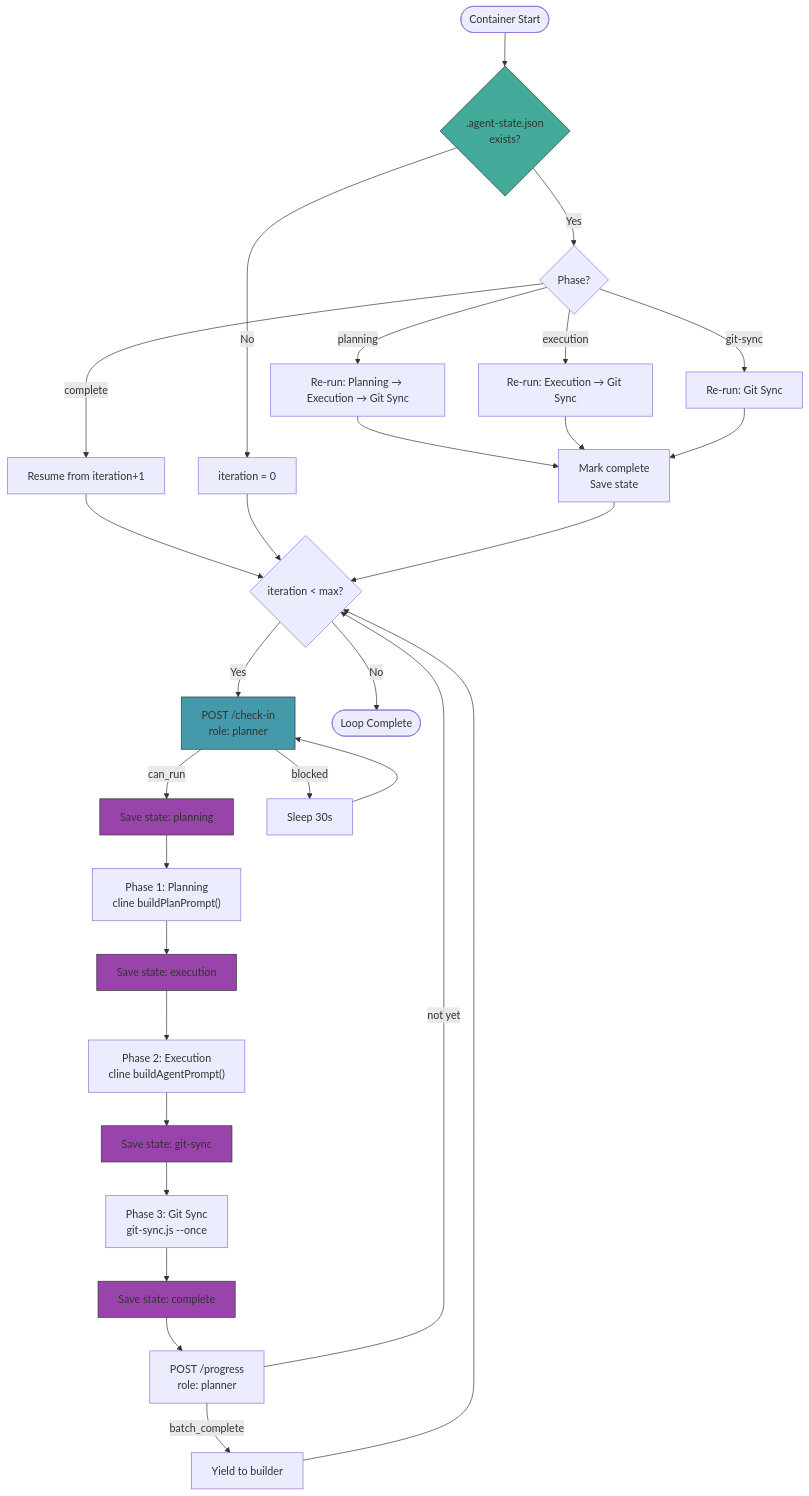
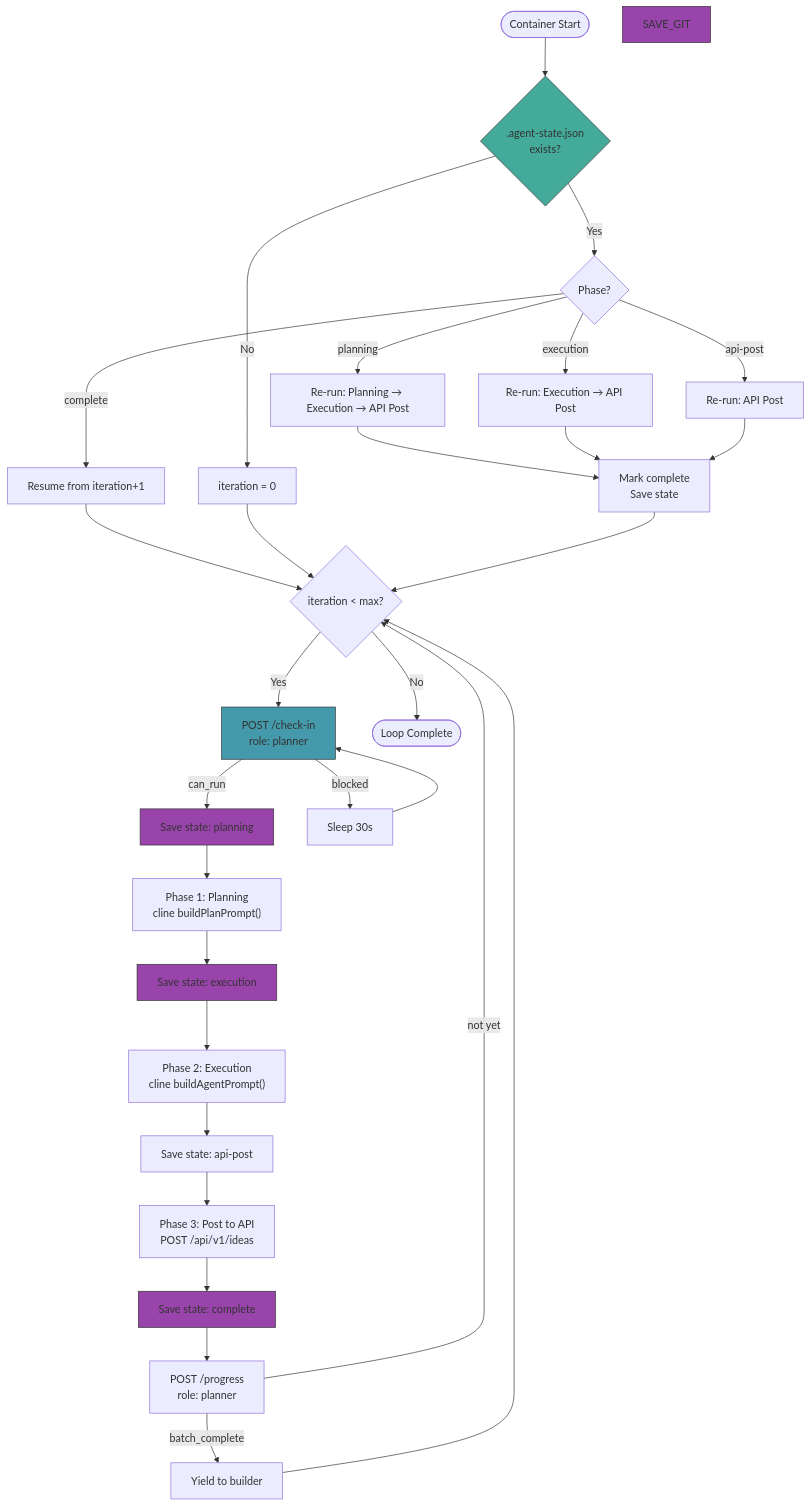
One commit to jtmb/slop-generator changed the second of 8 diagrams in docs/CONTAINER-INTERACTIONS.md. Above: the diagram before and after it, drawn with Mermaid. The commit also changed other lines of this file and 103 other files, not shown here.

First line of the commit message:
refactor: replace git sync with tar.gz upload mechanism

````diff
--- a/docs/CONTAINER-INTERACTIONS.md
+++ b/docs/CONTAINER-INTERACTIONS.md
@@ -37,44 +36,44 @@
 ```mermaid
 flowchart TD
     START([Container Start]) --> RECOVER{".agent-state.json<br/>exists?"}
     RECOVER -->|Yes| CHK_PHASE{Phase?}
     RECOVER -->|No| ITER[iteration = 0]
 
     CHK_PHASE -->|complete| RESUME[Resume from iteration+1]
-    CHK_PHASE -->|planning| R_PLAN[Re-run: Planning → Execution → Git Sync]
-    CHK_PHASE -->|execution| R_EXEC[Re-run: Execution → Git Sync]
-    CHK_PHASE -->|git-sync| R_GIT[Re-run: Git Sync]
+    CHK_PHASE -->|planning| R_PLAN[Re-run: Planning → Execution → API Post]
+    CHK_PHASE -->|execution| R_EXEC[Re-run: Execution → API Post]
+    CHK_PHASE -->|api-post| R_GIT[Re-run: API Post]
 
     R_PLAN --> DONE
     R_EXEC --> DONE
     R_GIT --> DONE
     RESUME --> LOOP
 
     ITER --> LOOP
     DONE[Mark complete<br/>Save state] --> LOOP
 
     LOOP{iteration < max?}
     LOOP -->|Yes| ORCH_CHECK["POST /check-in<br/>role: planner"]
     ORCH_CHECK -->|can_run| SAVE_PLAN["Save state: planning"]
     SAVE_PLAN --> PLAN["Phase 1: Planning<br/>cline buildPlanPrompt()"]
     PLAN --> SAVE_EXEC["Save state: execution"]
     SAVE_EXEC --> EXEC["Phase 2: Execution<br/>cline buildAgentPrompt()"]
-    EXEC --> SAVE_GIT["Save state: git-sync"]
-    SAVE_GIT --> GIT["Phase 3: Git Sync<br/>git-sync.js --once"]
-    GIT --> SAVE_DONE["Save state: complete"]
+    EXEC --> SAVE_POST["Save state: api-post"]
+    SAVE_POST --> POST["Phase 3: Post to API<br/>POST /api/v1/ideas"]
+    POST --> SAVE_DONE["Save state: complete"]
     SAVE_DONE --> ORCH_PROG["POST /progress<br/>role: planner"]
     ORCH_PROG -->|batch_complete| YIELD[Yield to builder]
     ORCH_PROG -->|not yet| LOOP
     YIELD --> LOOP
 
     ORCH_CHECK -->|blocked| SLEEP["Sleep 30s"]
     SLEEP --> ORCH_CHECK
     LOOP -->|No| END([Loop Complete])
 
     style RECOVER fill:#4a9,stroke:#333
     style ORCH_CHECK fill:#49a,stroke:#333
     style SAVE_PLAN fill:#94a,stroke:#333
     style SAVE_EXEC fill:#94a,stroke:#333
     style SAVE_GIT fill:#94a,stroke:#333
     style SAVE_DONE fill:#94a,stroke:#333
 ```
````
